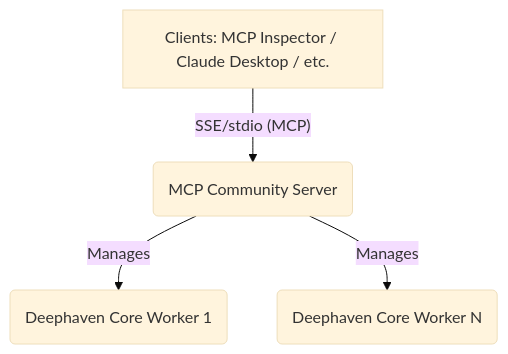
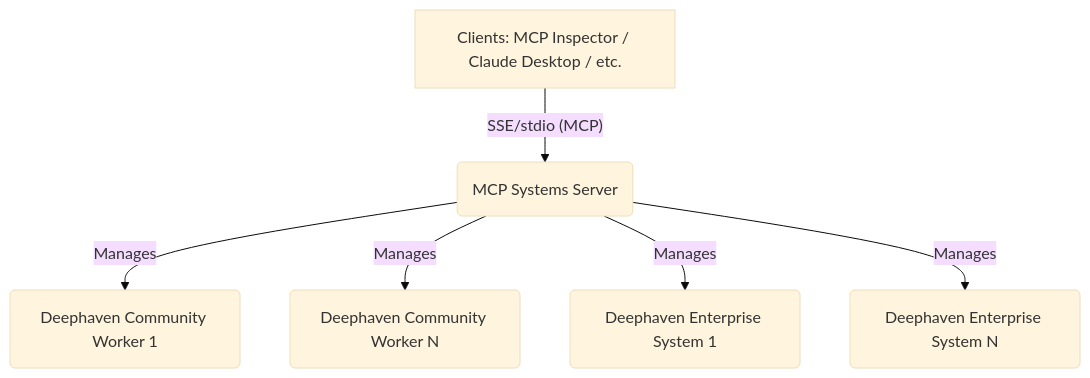
The first of 2 diagrams in README.md (deephaven/deephaven-mcp), drawn with Mermaid (base theme) before and after one commit. The commit also changed other lines of this file and 23 other files, not shown here.

````diff
--- a/README.md
+++ b/README.md
@@ -44,6 +55,8 @@
 ```mermaid
 graph TD
-    A[Clients: MCP Inspector / Claude Desktop / etc.] -- SSE/stdio (MCP) --> B(MCP Community Server);
-    B -- Manages --> C(Deephaven Core Worker 1);
-    B -- Manages --> D(Deephaven Core Worker N);
+    A[Clients: MCP Inspector / Claude Desktop / etc.] -- SSE/stdio (MCP) --> B(MCP Systems Server);
+    B -- Manages --> C(Deephaven Community Worker 1);
+    B -- Manages --> D(Deephaven Community Worker N);
+    B -- Manages --> E(Deephaven Enterprise System 1);
+    B -- Manages --> F(Deephaven Enterprise System N);
 ```
````
